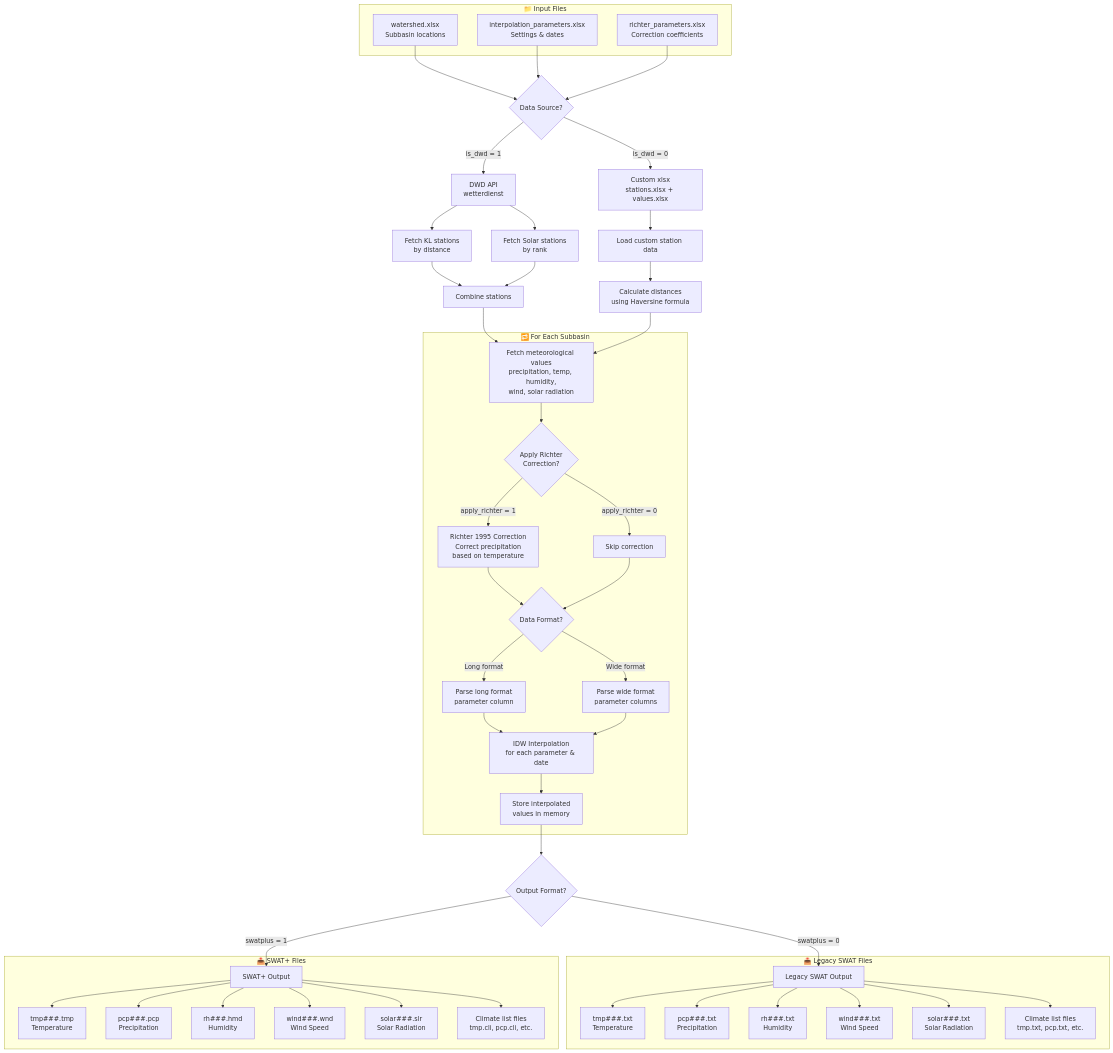
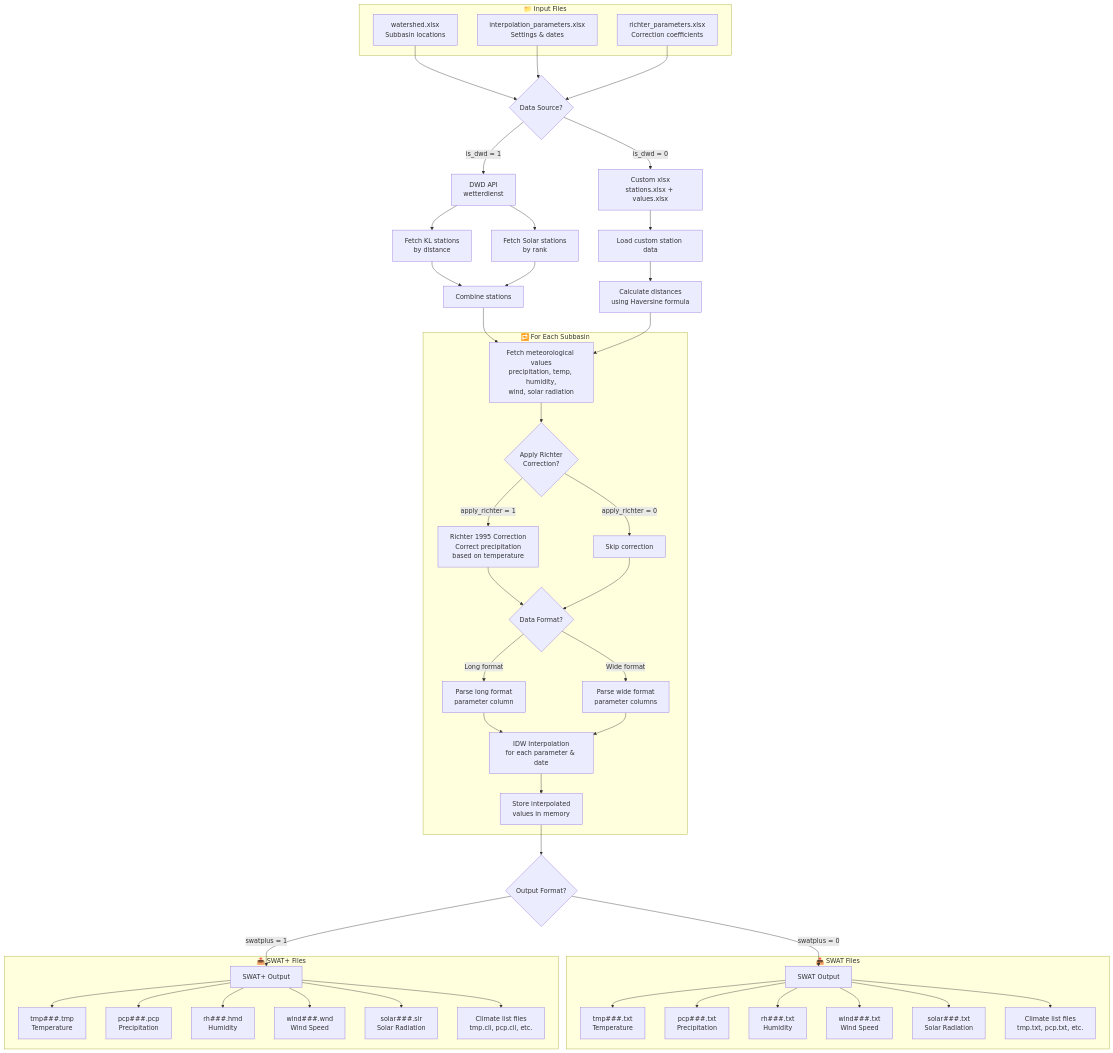
The diagram in README.md (4farid/meteo-interp), drawn with Mermaid before and after one commit.

Commit message:
Update SWAT Files section in README

````diff
--- a/README.md
+++ b/README.md
@@ -15,70 +15,70 @@
 ```mermaid
 ---
 config:
   theme: default
   look: classic
   layout: dagre
 ---
 flowchart TB
  subgraph Input["📁 Input Files"]
         A1["watershed.xlsx<br>Subbasin locations"]
         A2["interpolation_parameters.xlsx<br>Settings &amp; dates"]
         A3["richter_parameters.xlsx<br>Correction coefficients"]
   end
  subgraph Loop["🔁 For Each Subbasin"]
         G{"Apply Richter<br>Correction?"}
         F["Fetch meteorological values<br>precipitation, temp, humidity,<br>wind, solar radiation"]
         H["Richter 1995 Correction<br>Correct precipitation<br>based on temperature"]
         I["Skip correction"]
         J{"Data Format?"}
         K1["Parse long format<br>parameter column"]
         K2["Parse wide format<br>parameter columns"]
         L["IDW Interpolation<br>for each parameter &amp; date"]
         M["Store interpolated<br>values in memory"]
   end
- subgraph SWAT["📤 Legacy SWAT Files"]
+ subgraph SWAT["📤 SWAT Files"]
         P1["tmp###.txt<br>Temperature"]
-        O1["Legacy SWAT Output"]
+        O1["SWAT Output"]
         P2["pcp###.txt<br>Precipitation"]
         P3["rh###.txt<br>Humidity"]
         P4["wind###.txt<br>Wind Speed"]
         P5["solar###.txt<br>Solar Radiation"]
         P6["Climate list files<br>tmp.txt, pcp.txt, etc."]
   end
  subgraph SWATPLUS["📤 SWAT+ Files"]
         Q1["tmp###.tmp<br>Temperature"]
         O2["SWAT+ Output"]
         Q2["pcp###.pcp<br>Precipitation"]
         Q3["rh###.hmd<br>Humidity"]
         Q4["wind###.wnd<br>Wind Speed"]
         Q5["solar###.slr<br>Solar Radiation"]
         Q6["Climate list files<br>tmp.cli, pcp.cli, etc."]
   end
     A1 --> B{"Data Source?"}
     A2 --> B
     A3 --> B
     B -- "is_dwd = 1" --> C1["DWD API<br>wetterdienst"]
     B -- "is_dwd = 0" --> C2["Custom xlsx<br>stations.xlsx + values.xlsx"]
     C1 --> D1["Fetch KL stations<br>by distance"] & D2["Fetch Solar stations<br>by rank"]
     D1 --> E1["Combine stations"]
     D2 --> E1
     E1 --> F
     C2 --> E2["Load custom station data"]
     E2 --> E3["Calculate distances<br>using Haversine formula"]
     E3 --> F
     F --> G
     G -- "apply_richter = 1" --> H
     G -- "apply_richter = 0" --> I
     H --> J
     I --> J
     J -- Long format --> K1
     J -- Wide format --> K2
     K1 --> L
     K2 --> L
     L --> M
     M --> N{"Output Format?"}
     N -- "swatplus = 0" --> O1
     N -- "swatplus = 1" --> O2
     O1 --> P1 & P2 & P3 & P4 & P5 & P6
     O2 --> Q1 & Q2 & Q3 & Q4 & Q5 & Q6
 ```
````
